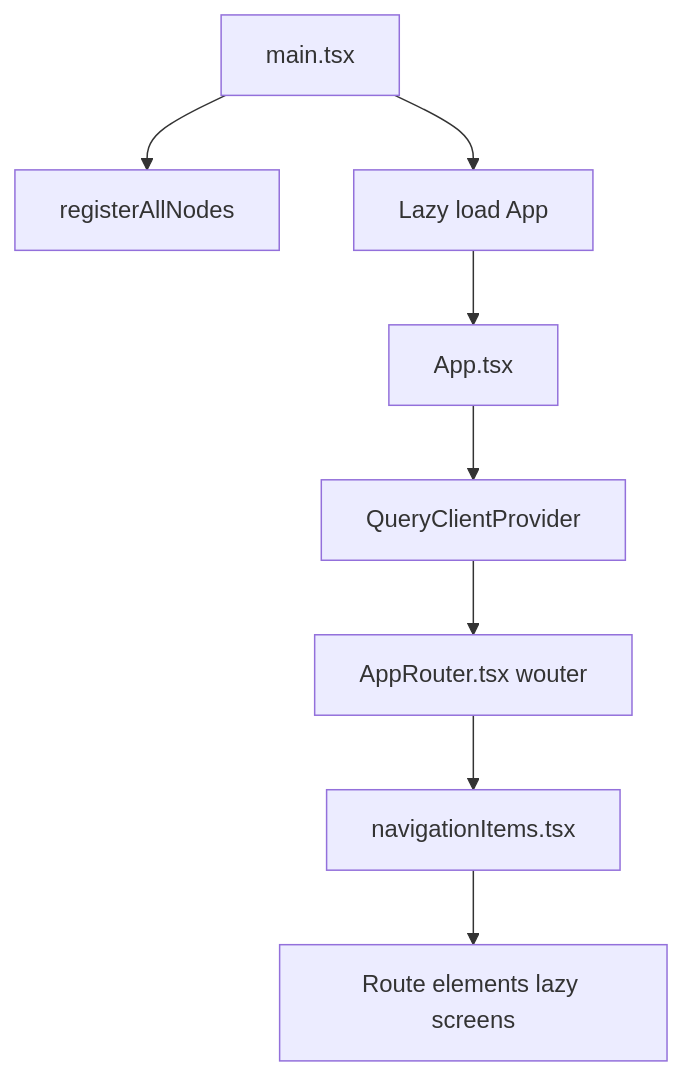
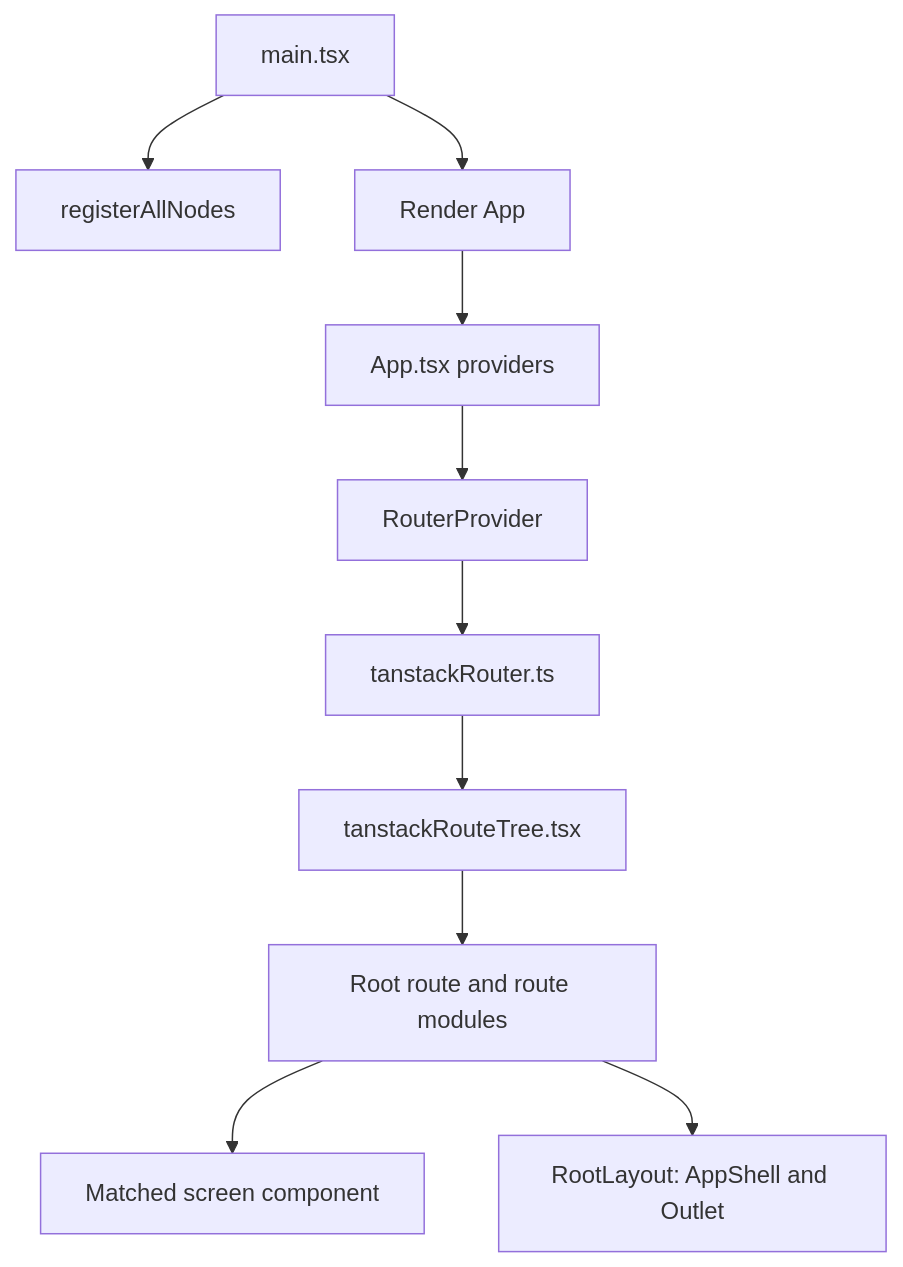
Before and after one commit to AlanCoding/syntara: the first of 19 diagrams in frontend/docs/architecture.md, drawn with Mermaid. The commit also changed other lines of this file and 8 other files, not shown here.

````diff
--- a/frontend/docs/architecture.md
+++ b/frontend/docs/architecture.md
@@ -113,10 +113,12 @@
 ```mermaid
 flowchart TD
   A[main.tsx] --> B[registerAllNodes]
-  A --> C[Lazy load App]
-  C --> D[App.tsx]
-  D --> E[QueryClientProvider]
-  E --> F[AppRouter.tsx wouter]
-  F --> G[navigationItems.tsx]
-  G --> H[Route elements lazy screens]
+  A --> C[Render App]
+  C --> D[App.tsx providers]
+  D --> E[RouterProvider]
+  E --> F[tanstackRouter.ts]
+  F --> G[tanstackRouteTree.tsx]
+  G --> H[Root route and route modules]
+  H --> I[Matched screen component]
+  H --> J[RootLayout: AppShell and Outlet]
 ```
````
